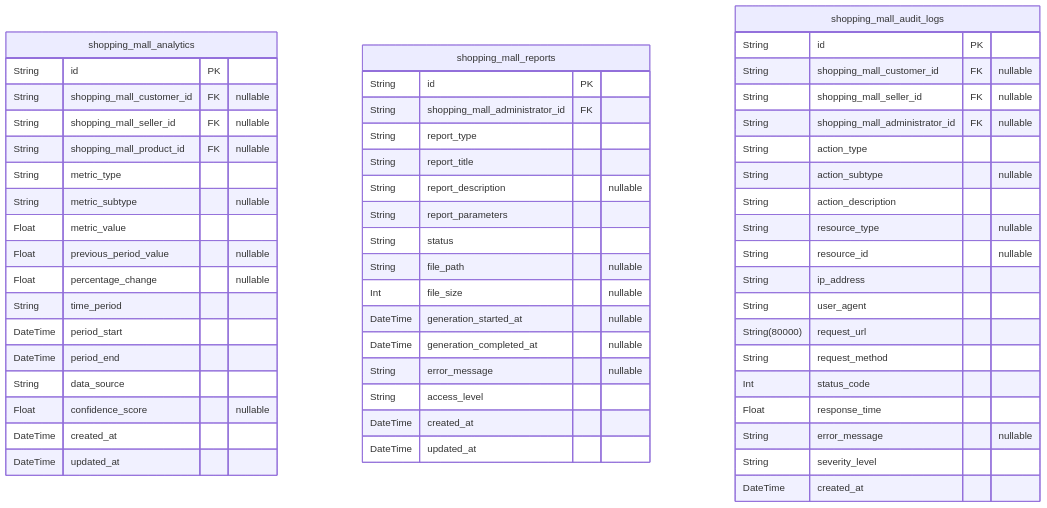
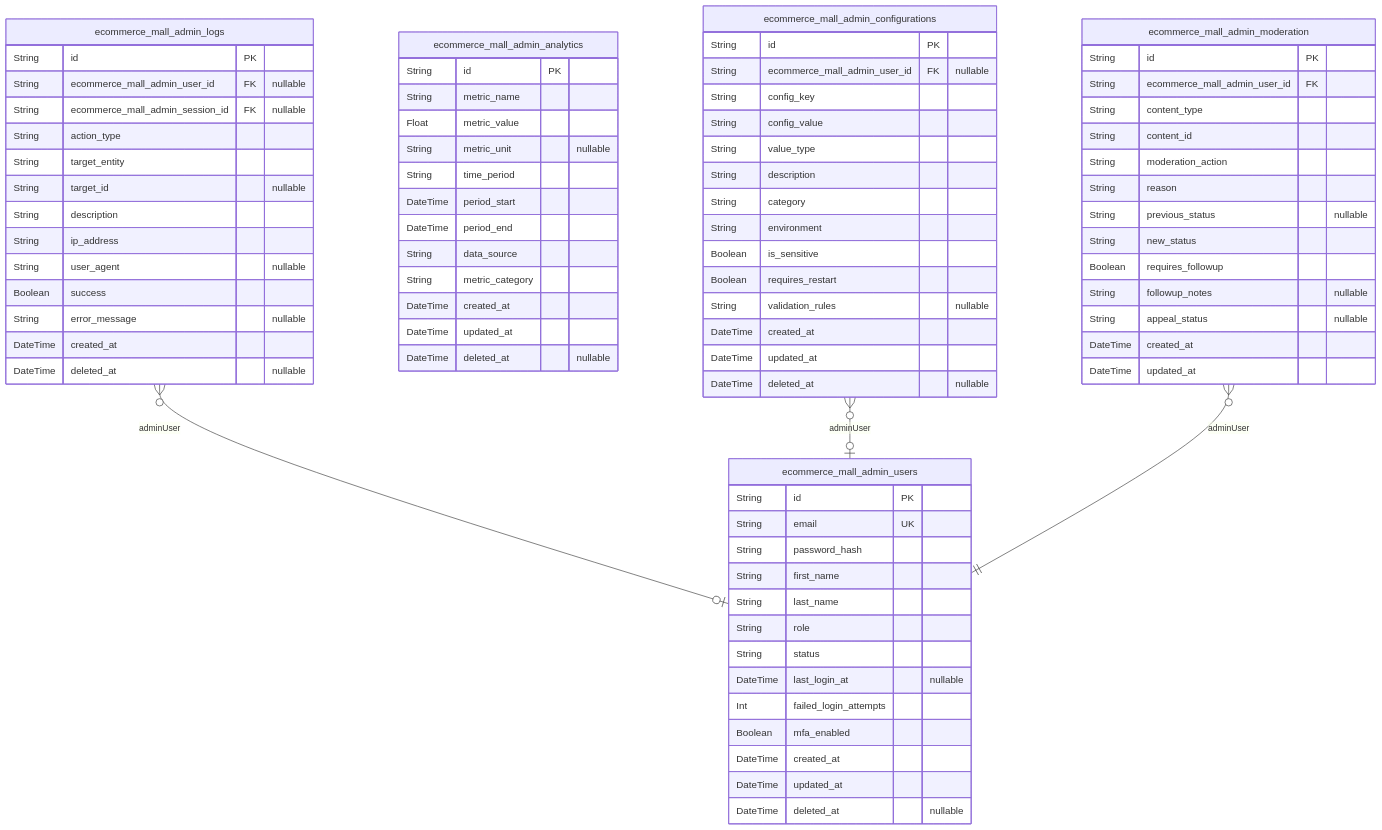
One commit to wrtnlabs/autobe-examples changed the ninth of 10 diagrams in deepseek/deepseek-v3.1-terminus-exacto/shopping/docs/ERD.md. Above: the diagram before and after it, drawn with Mermaid. The commit also changed other lines of this file and 22498 other files, not shown here.

````diff
--- a/deepseek/deepseek-v3.1-terminus-exacto/shopping/docs/ERD.md
+++ b/deepseek/deepseek-v3.1-terminus-exacto/shopping/docs/ERD.md
@@ -1393,58 +2474,81 @@
 ```mermaid
 erDiagram
-"shopping_mall_analytics" {
+"ecommerce_mall_admin_users" {
   String id PK
-  String shopping_mall_customer_id FK "nullable"
-  String shopping_mall_seller_id FK "nullable"
-  String shopping_mall_product_id FK "nullable"
-  String metric_type
-  String metric_subtype "nullable"
+  String email UK
+  String password_hash
+  String first_name
+  String last_name
+  String role
+  String status
+  DateTime last_login_at "nullable"
+  Int failed_login_attempts
+  Boolean mfa_enabled
+  DateTime created_at
+  DateTime updated_at
+  DateTime deleted_at "nullable"
+}
+"ecommerce_mall_admin_logs" {
+  String id PK
+  String ecommerce_mall_admin_user_id FK "nullable"
+  String ecommerce_mall_admin_session_id FK "nullable"
+  String action_type
+  String target_entity
+  String target_id "nullable"
+  String description
+  String ip_address
+  String user_agent "nullable"
+  Boolean success
+  String error_message "nullable"
+  DateTime created_at
+  DateTime deleted_at "nullable"
+}
+"ecommerce_mall_admin_analytics" {
+  String id PK
+  String metric_name
   Float metric_value
-  Float previous_period_value "nullable"
-  Float percentage_change "nullable"
+  String metric_unit "nullable"
   String time_period
   DateTime period_start
   DateTime period_end
   String data_source
-  Float confidence_score "nullable"
+  String metric_category
+  DateTime created_at
+  DateTime updated_at
+  DateTime deleted_at "nullable"
+}
+"ecommerce_mall_admin_configurations" {
+  String id PK
+  String ecommerce_mall_admin_user_id FK "nullable"
+  String config_key
+  String config_value
+  String value_type
+  String description
+  String category
+  String environment
+  Boolean is_sensitive
+  Boolean requires_restart
+  String validation_rules "nullable"
+  DateTime created_at
+  DateTime updated_at
+  DateTime deleted_at "nullable"
+}
+"ecommerce_mall_admin_moderation" {
+  String id PK
+  String ecommerce_mall_admin_user_id FK
+  String content_type
+  String content_id
+  String moderation_action
+  String reason
+  String previous_status "nullable"
+  String new_status
+  Boolean requires_followup
+  String followup_notes "nullable"
+  String appeal_status "nullable"
   DateTime created_at
   DateTime updated_at
 }
-"shopping_mall_reports" {
-  String id PK
-  String shopping_mall_administrator_id FK
-  String report_type
-  String report_title
-  String report_description "nullable"
-  String report_parameters
-  String status
-  String file_path "nullable"
-  Int file_size "nullable"
-  DateTime generation_started_at "nullable"
-  DateTime generation_completed_at "nullable"
-  String error_message "nullable"
-  String access_level
-  DateTime created_at
-  DateTime updated_at
-}
-"shopping_mall_audit_logs" {
-  String id PK
-  String shopping_mall_customer_id FK "nullable"
-  String shopping_mall_seller_id FK "nullable"
-  String shopping_mall_administrator_id FK "nullable"
-  String action_type
-  String action_subtype "nullable"
-  String action_description
-  String resource_type "nullable"
-  String resource_id "nullable"
-  String ip_address
-  String user_agent
-  String(80000) request_url
-  String request_method
-  Int status_code
-  Float response_time
-  String error_message "nullable"
-  String severity_level
-  DateTime created_at
-}
+"ecommerce_mall_admin_logs" }o--o| "ecommerce_mall_admin_users" : adminUser
+"ecommerce_mall_admin_configurations" }o--o| "ecommerce_mall_admin_users" : adminUser
+"ecommerce_mall_admin_moderation" }o--|| "ecommerce_mall_admin_users" : adminUser
 ```
````
